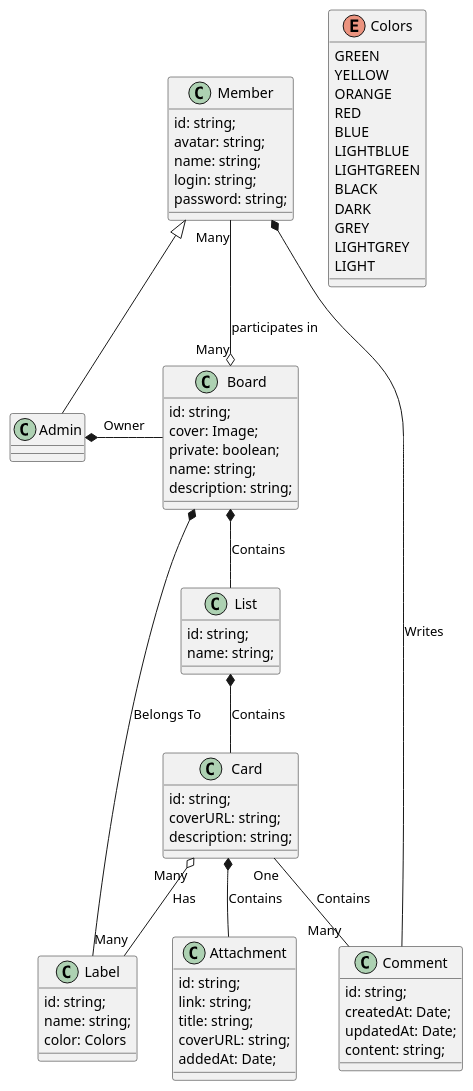
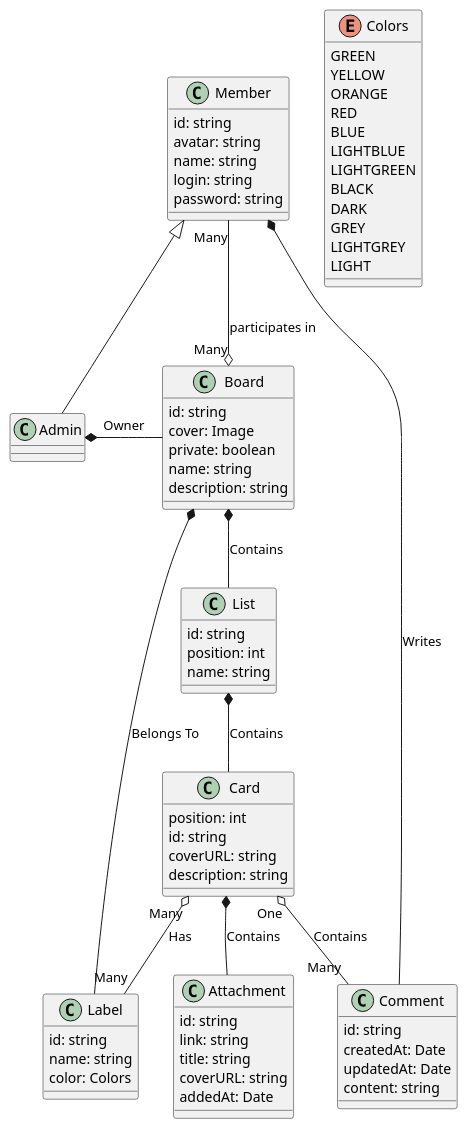
One commit to Fredkiss3/thullo changed the diagram in packages/domain/uml/model.puml. Above: the diagram before and after it, drawn with PlantUML. The commit also changed 27 other files, not shown here.

```diff
--- a/packages/domain/uml/model.puml
+++ b/packages/domain/uml/model.puml
@@ -1,85 +1,87 @@
 @startuml
 'https://plantuml.com/class-diagram
 class Member {
-    id: string;
-    avatar: string;
-    name: string;
-    login: string;
-    password: string;
+    id: string
+    avatar: string
+    name: string
+    login: string
+    password: string
 }
 
 class Admin {
 }
 
 class Board {
-    id: string;
-    cover: Image;
-    private: boolean;
-    name: string;
-    description: string;
+    id: string
+    cover: Image
+    private: boolean
+    name: string
+    description: string
 }
 
 class List {
-    id: string;
-    name: string;
+    id: string
+    position: int
+    name: string
 }
 
 class Card {
-    id: string;
-    coverURL: string;
-    description: string;
+    position: int
+    id: string
+    coverURL: string
+    description: string
 }
 
 enum Colors {
     GREEN
     YELLOW
     ORANGE
     RED
     BLUE
     LIGHTBLUE
     LIGHTGREEN
     BLACK
     DARK
     GREY
     LIGHTGREY
     LIGHT
 }
 
 class Label {
-    id: string;
-    name: string;
+    id: string
+    name: string
     color: Colors
 }
 
 class Comment {
-    id: string;
-    createdAt: Date;
-    updatedAt: Date;
-    content: string;
+    id: string
+    createdAt: Date
+    updatedAt: Date
+    content: string
 }
 
 class Attachment {
-    id: string;
-    link: string;
-    title: string;
-    coverURL: string;
-    addedAt: Date;
+    id: string
+    link: string
+    title: string
+    coverURL: string
+    addedAt: Date
 }
 
 Member <|-- Admin
 
 Admin *- Board : Owner
 Member "Many" --o "Many" Board : participates in
 
 Board *-- List : Contains
 List *-- Card : Contains
 Card *-- Attachment : Contains
-Card "One" -- "Many" Comment : Contains
+Card "One" o-- "Many" Comment : Contains
 
 Card "Many" o-- "Many" Label : Has
 
 Label --* Board  : Belongs To
 
 Member *-- Comment : Writes
 
 @enduml
```
